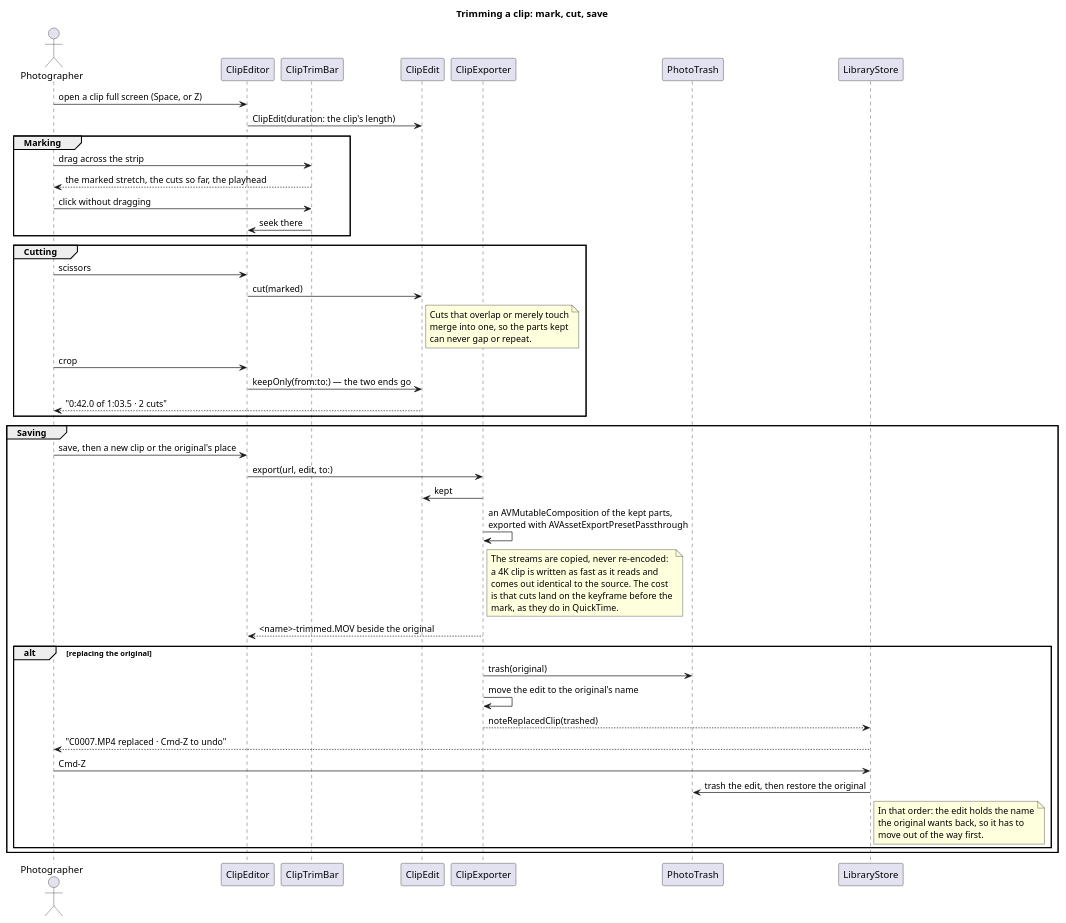
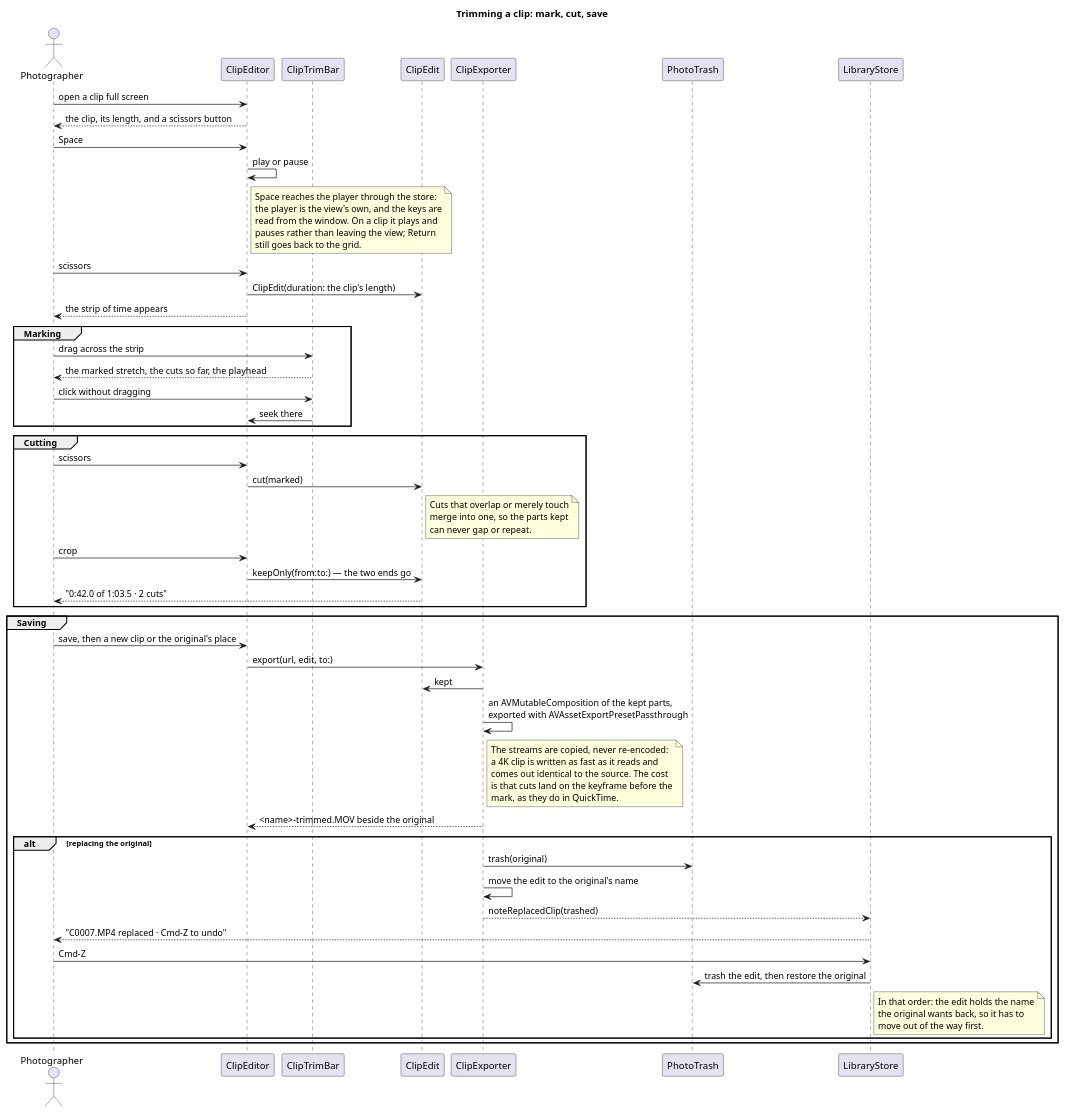
One commit to elcozy/culldash changed the fifth of 8 diagrams in docs/APPFLOW.md. Above: the diagram before and after it, drawn with PlantUML. The commit also changed other lines of this file and 8 other files, not shown here.

First line of the commit message:
Keep the trim strip out of the way, and give Space to the clip

````diff
--- a/docs/APPFLOW.md
+++ b/docs/APPFLOW.md
@@ -303,64 +311,77 @@
 ```plantuml
 @startuml trim-clip
 title Trimming a clip: mark, cut, save
 actor Photographer as P
 participant ClipEditor as Editor
 participant ClipTrimBar as Bar
 participant ClipEdit as Edit
 participant ClipExporter as Exporter
 participant PhotoTrash as Trash
 participant LibraryStore as Store
 
-P -> Editor: open a clip full screen (Space, or Z)
+P -> Editor: open a clip full screen
+Editor --> P: the clip, its length, and a scissors button
+P -> Editor: Space
+Editor -> Editor: play or pause
+note right of Editor
+  Space reaches the player through the store:
+  the player is the view's own, and the keys are
+  read from the window. On a clip it plays and
+  pauses rather than leaving the view; Return
+  still goes back to the grid.
+end note
+
+P -> Editor: scissors
 Editor -> Edit: ClipEdit(duration: the clip's length)
+Editor --> P: the strip of time appears
 
 group Marking
   P -> Bar: drag across the strip
   Bar --> P: the marked stretch, the cuts so far, the playhead
   P -> Bar: click without dragging
   Bar -> Editor: seek there
 end
 
 group Cutting
   P -> Editor: scissors
   Editor -> Edit: cut(marked)
   note right of Edit
     Cuts that overlap or merely touch
     merge into one, so the parts kept
     can never gap or repeat.
   end note
   P -> Editor: crop
   Editor -> Edit: keepOnly(from:to:) — the two ends go
   Edit --> P: "0:42.0 of 1:03.5 · 2 cuts"
 end
 
 group Saving
   P -> Editor: save, then a new clip or the original's place
   Editor -> Exporter: export(url, edit, to:)
   Exporter -> Edit: kept
   Exporter -> Exporter: an AVMutableComposition of the kept parts,\nexported with AVAssetExportPresetPassthrough
   note right of Exporter
     The streams are copied, never re-encoded:
     a 4K clip is written as fast as it reads and
     comes out identical to the source. The cost
     is that cuts land on the keyframe before the
     mark, as they do in QuickTime.
   end note
   Exporter --> Editor: <name>-trimmed.MOV beside the original
 
   alt replacing the original
     Exporter -> Trash: trash(original)
     Exporter -> Exporter: move the edit to the original's name
     Exporter --> Store: noteReplacedClip(trashed)
     Store --> P: "C0007.MP4 replaced · Cmd-Z to undo"
     P -> Store: Cmd-Z
     Store -> Trash: trash the edit, then restore the original
     note right of Store
       In that order: the edit holds the name
       the original wants back, so it has to
       move out of the way first.
     end note
   end
 end
 @enduml
 ```
````
